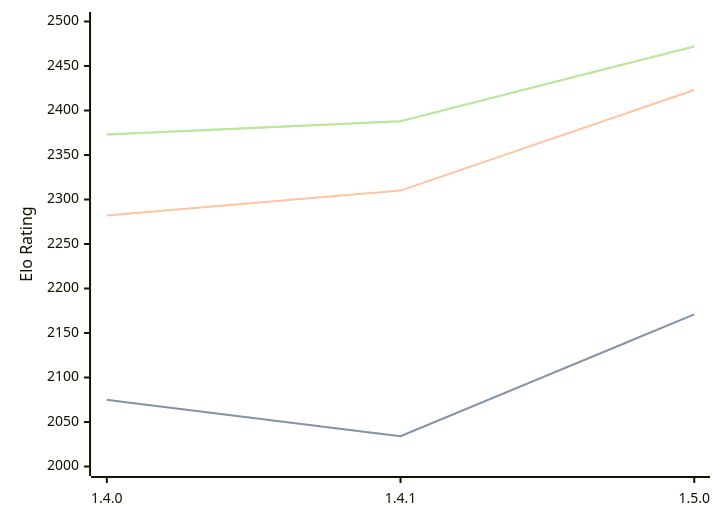
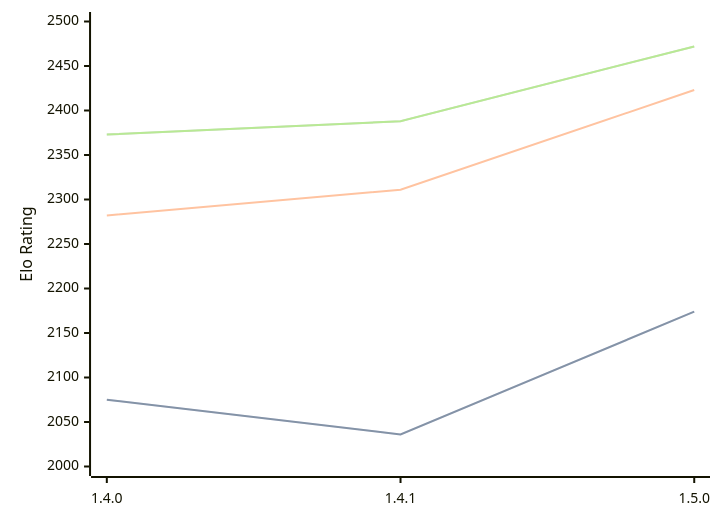
The diagram in engines/Tofiks.md (computer-chess-index/cci), drawn with Mermaid before and after one commit. The commit also changed other lines of this file, not shown here.

````diff
--- a/engines/Tofiks.md
+++ b/engines/Tofiks.md
@@ -37,11 +37,11 @@
 ```mermaid
 %%{init: {"theme":"base","themeVariables":{"seriesColors:['#a3a3a3','#222221','#faa371']}}}%%
 xychart-beta
   x-axis ["1.4.0", "1.4.1", "1.5.0"]
   y-axis "Elo Rating" 2000 --> 2500
-  line "STC (8.0+0.08s)" [2075, 2034, 2171]
-  line "STC (8.0+0.08s)" [2075, 2034, 2171]
-  line "LTC (60.0+0.60s)" [2282, 2310, 2423]
+  line "STC (8.0+0.08s)" [2075, 2036, 2174]
+  line "STC (8.0+0.08s)" [2075, 2036, 2174]
+  line "LTC (60.0+0.60s)" [2282, 2311, 2423]
   line "VLTC (2m24s+1.12s)" [2373, 2388, 2472]
   line "VLTC (2m24s+1.12s)" [2373, 2388, 2472]
 ```
````
